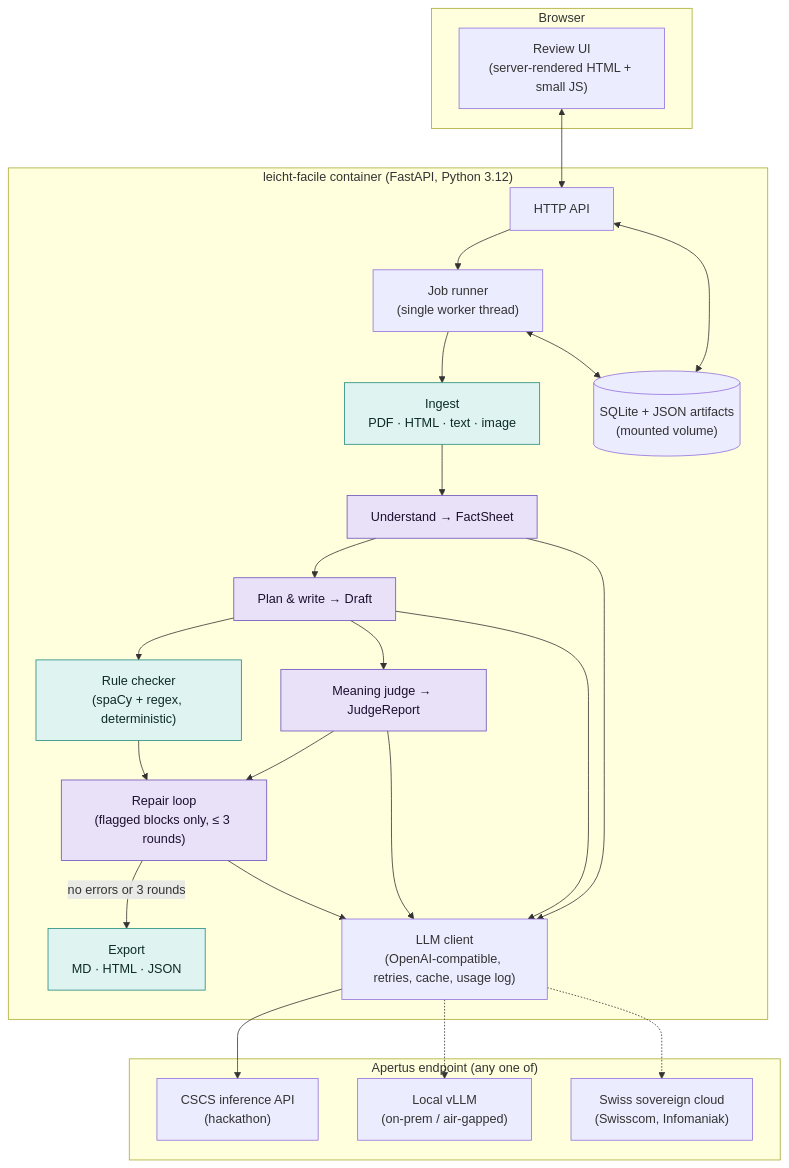
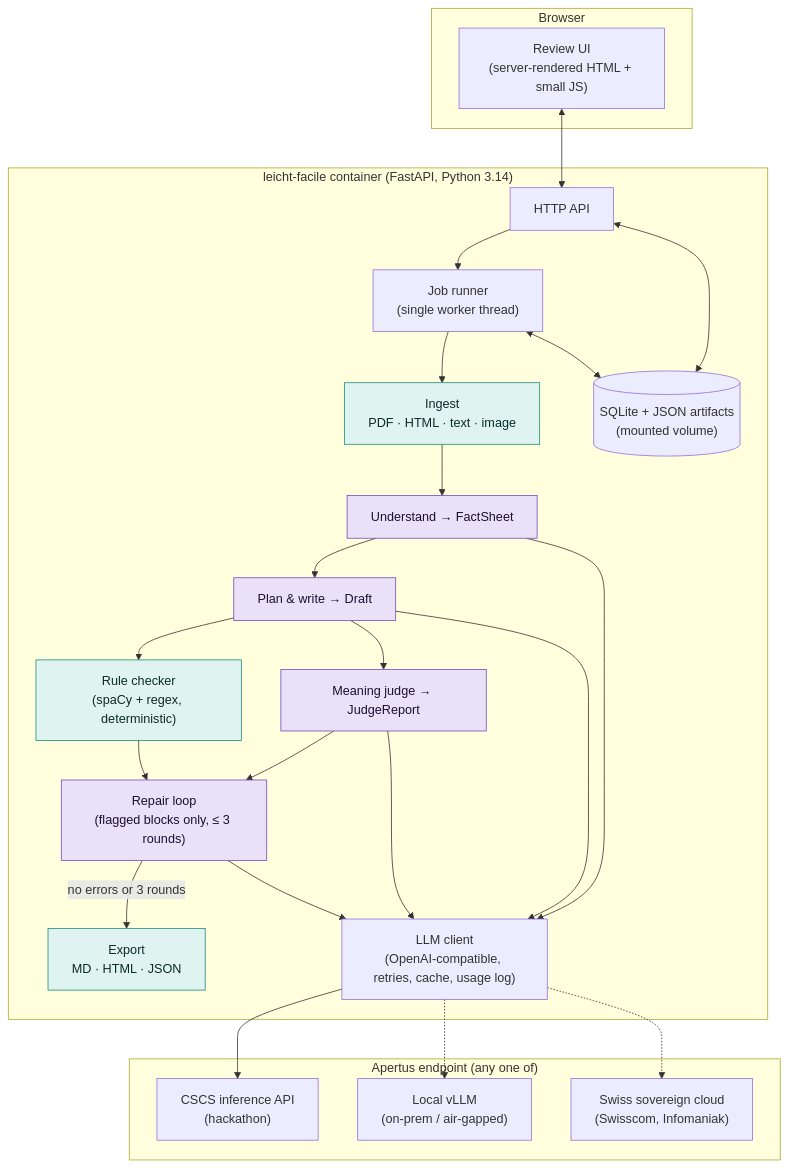
Before and after one commit to bobrovsky420/leicht-facile: the diagram in docs/architecture.md, drawn with Mermaid. The commit also changed other lines of this file and 27 other files, not shown here.

````diff
--- a/docs/architecture.md
+++ b/docs/architecture.md
@@ -66,43 +66,43 @@
 ```mermaid
 flowchart TB
     subgraph client["Browser"]
         UI["Review UI<br/>(server-rendered HTML + small JS)"]
     end
 
-    subgraph app["leicht-facile container (FastAPI, Python 3.12)"]
+    subgraph app["leicht-facile container (FastAPI, Python 3.14)"]
         API["HTTP API"]
         Q["Job runner<br/>(single worker thread)"]
         ING["Ingest<br/>PDF · HTML · text · image"]
         UND["Understand → FactSheet"]
         WRI["Plan & write → Draft"]
         RUL["Rule checker<br/>(spaCy + regex, deterministic)"]
         JUD["Meaning judge → JudgeReport"]
         REP["Repair loop<br/>(flagged blocks only, ≤ 3 rounds)"]
         EXP["Export<br/>MD · HTML · JSON"]
         DB[("SQLite + JSON artifacts<br/>(mounted volume)")]
         LLM["LLM client<br/>(OpenAI-compatible, retries, cache, usage log)"]
     end
 
     subgraph model["Apertus endpoint (any one of)"]
         CSCS["CSCS inference API<br/>(hackathon)"]
         VLLM["Local vLLM<br/>(on-prem / air-gapped)"]
         SC["Swiss sovereign cloud<br/>(Swisscom, Infomaniak)"]
     end
 
     UI <--> API
     API --> Q
     Q --> ING --> UND --> WRI --> RUL --> REP
     WRI --> JUD --> REP
     REP -->|no errors or 3 rounds| EXP
     UND & WRI & JUD & REP --> LLM
     LLM --> CSCS
     LLM -.-> VLLM
     LLM -.-> SC
     Q <--> DB
     API <--> DB
 
     classDef ai fill:#e9e1f7,stroke:#6b4fbb,color:#1b1030
     classDef code fill:#dff3f0,stroke:#1f8a7a,color:#0d2b27
     class UND,WRI,JUD,REP ai
     class ING,RUL,EXP code
 ```
````
